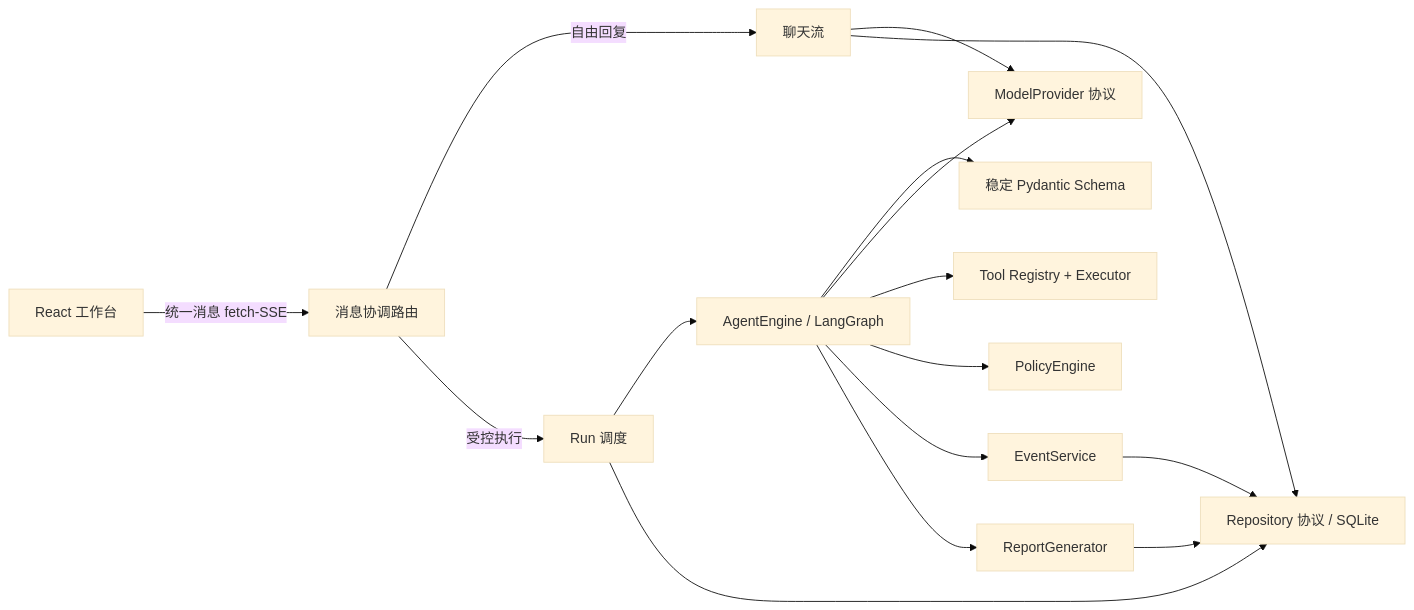
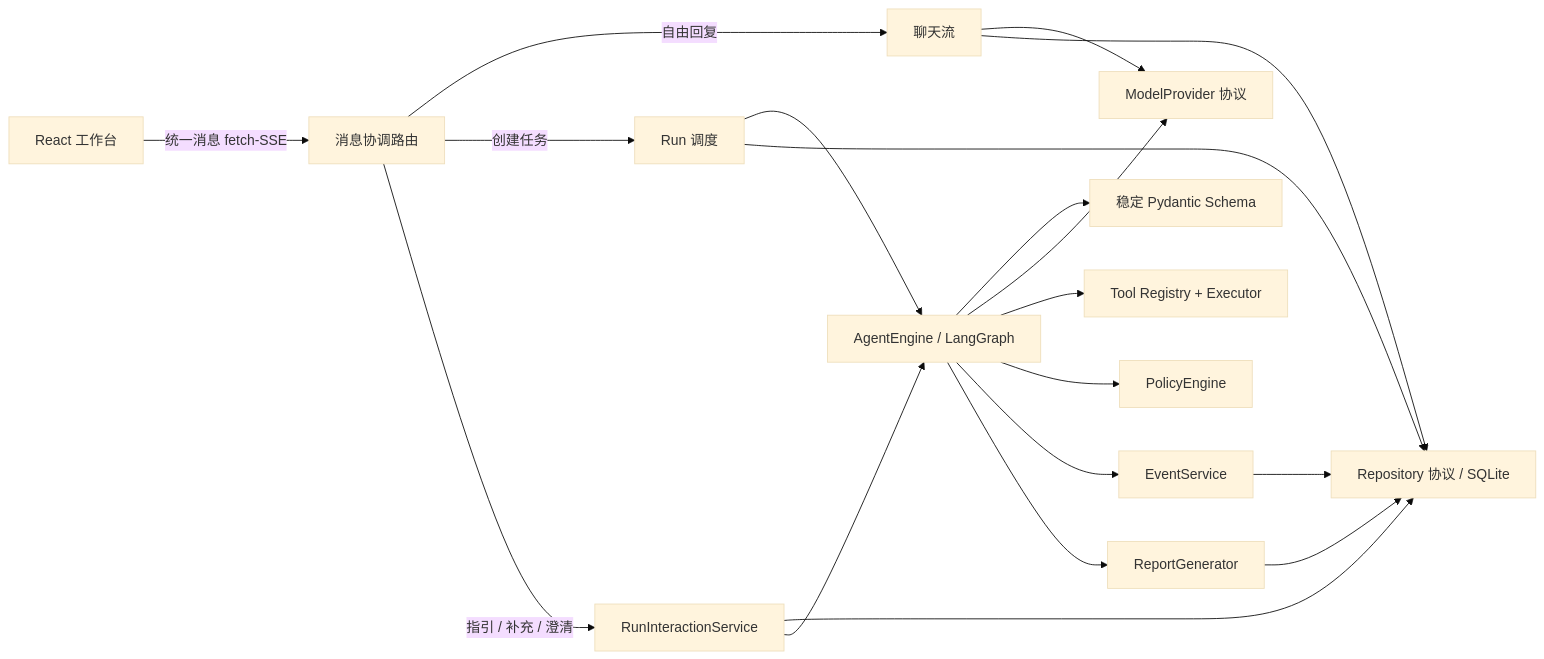
The first of 2 diagrams in docs/architecture.md (fuyao0612/gdaib-ctf-agent), drawn with Mermaid (base theme) before and after one commit. The commit also changed other lines of this file and 70 other files, not shown here.

````diff
--- a/docs/architecture.md
+++ b/docs/architecture.md
@@ -9,18 +9,21 @@
 ```mermaid
 flowchart LR
   Web["React 工作台"] -->|统一消息 fetch-SSE| Message["消息协调路由"]
   Message -->|自由回复| Chat["聊天流"]
-  Message -->|受控执行| API["Run 调度"]
+  Message -->|创建任务| API["Run 调度"]
+  Message -->|指引 / 补充 / 澄清| Interaction["RunInteractionService"]
   Chat --> Provider["ModelProvider 协议"]
   Chat --> Repo["Repository 协议 / SQLite"]
   API --> Agent["AgentEngine / LangGraph"]
+  Interaction --> Repo
+  Interaction --> Agent
   API --> Repo["Repository 协议 / SQLite"]
   Agent --> Domain["稳定 Pydantic Schema"]
   Agent --> Provider
   Agent --> Tools["Tool Registry + Executor"]
   Agent --> Policy["PolicyEngine"]
   Agent --> Events["EventService"]
   Events --> Repo
   Agent --> Reports["ReportGenerator"]
   Reports --> Repo
 ```
````
